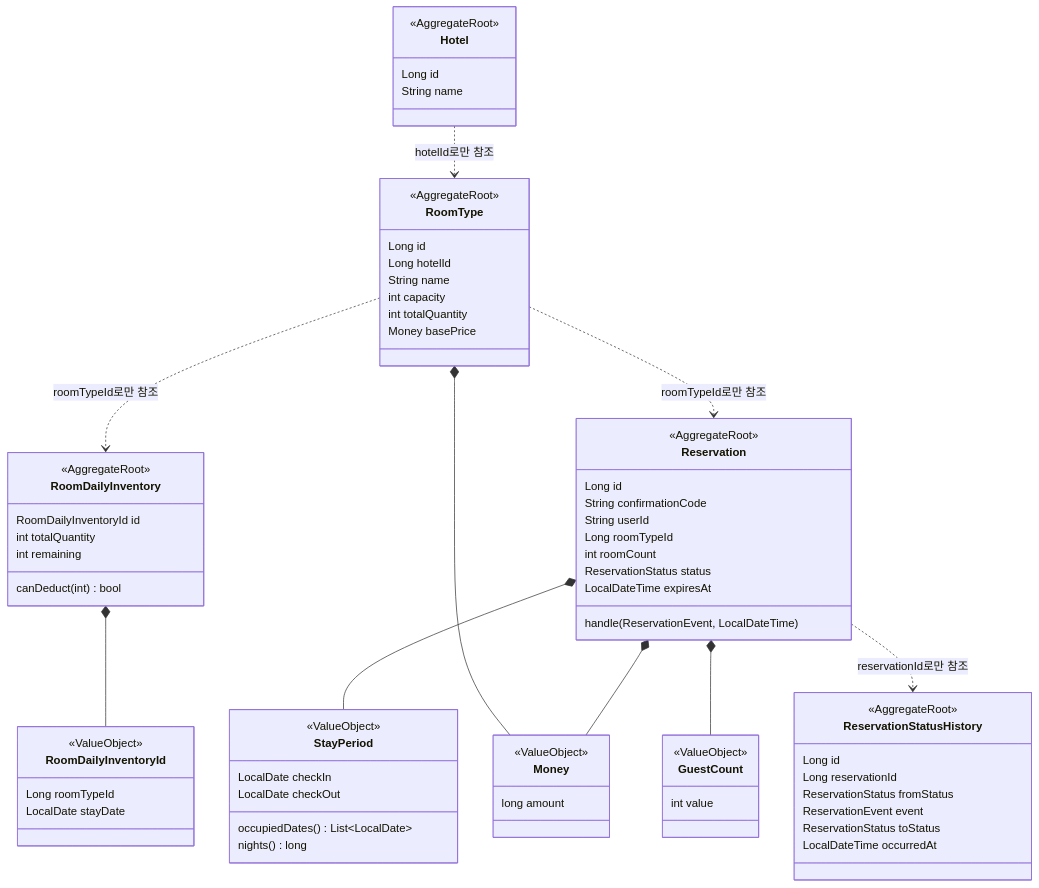
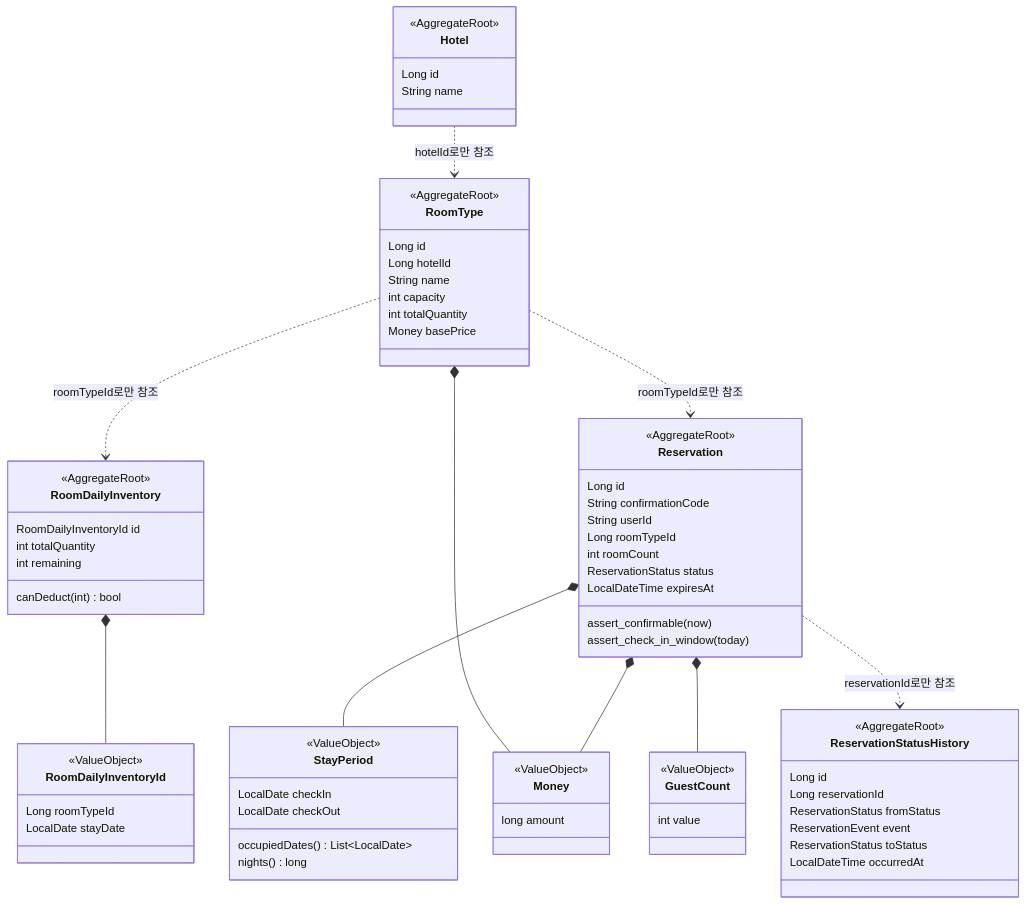
The first of 9 diagrams in docs/spec/F01-예약-코어.md (Diocto/pms), drawn with Mermaid before and after one commit. The commit also changed other lines of this file and 11 other files, not shown here.

````diff
--- a/docs/spec/F01-예약-코어.md
+++ b/docs/spec/F01-예약-코어.md
@@ -134,74 +134,75 @@
 ```mermaid
 classDiagram
     class Hotel {
         <<AggregateRoot>>
         Long id
         String name
     }
     class RoomType {
         <<AggregateRoot>>
         Long id
         Long hotelId
         String name
         int capacity
         int totalQuantity
         Money basePrice
     }
     class RoomDailyInventory {
         <<AggregateRoot>>
         RoomDailyInventoryId id
         int totalQuantity
         int remaining
         canDeduct(int) bool
     }
     class RoomDailyInventoryId {
         <<ValueObject>>
         Long roomTypeId
         LocalDate stayDate
     }
     class Reservation {
         <<AggregateRoot>>
         Long id
         String confirmationCode
         String userId
         Long roomTypeId
         int roomCount
         ReservationStatus status
         LocalDateTime expiresAt
-        handle(ReservationEvent, LocalDateTime)
+        assert_confirmable(now)
+        assert_check_in_window(today)
     }
     class StayPeriod {
         <<ValueObject>>
         LocalDate checkIn
         LocalDate checkOut
         occupiedDates() List~LocalDate~
         nights() long
     }
     class GuestCount {
         <<ValueObject>>
         int value
     }
     class Money {
         <<ValueObject>>
         long amount
     }
     class ReservationStatusHistory {
         <<AggregateRoot>>
         Long id
         Long reservationId
         ReservationStatus fromStatus
         ReservationEvent event
         ReservationStatus toStatus
         LocalDateTime occurredAt
     }
 
     Reservation *-- StayPeriod
     Reservation *-- GuestCount
     Reservation *-- Money
     RoomType *-- Money
     RoomDailyInventory *-- RoomDailyInventoryId
     Hotel ..> RoomType : hotelId로만 참조
     RoomType ..> RoomDailyInventory : roomTypeId로만 참조
     RoomType ..> Reservation : roomTypeId로만 참조
     Reservation ..> ReservationStatusHistory : reservationId로만 참조
 ```
````
